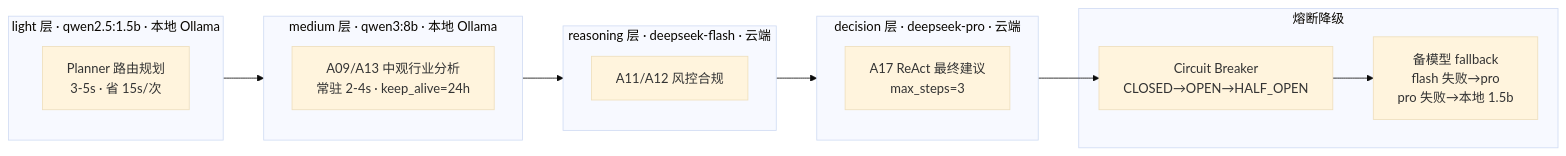
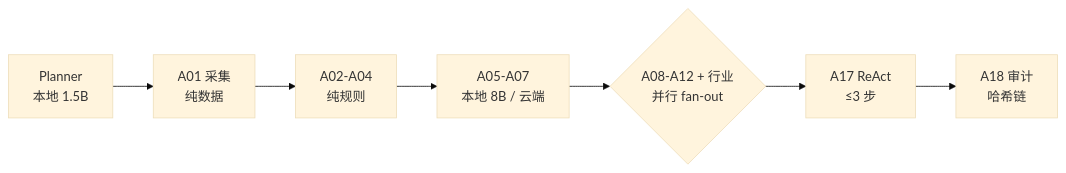
One commit to arnoldli001/Moss-finagent-research changed the diagram in README.md. Above: the diagram before and after it, drawn with Mermaid (base theme). The commit also changed other lines of this file and 182 other files, not shown here.

````diff
--- a/README.md
+++ b/README.md
@@ -74,27 +87,9 @@
 ```mermaid
 flowchart LR
-    subgraph LightLayer[light 层 · qwen2.5:1.5b · 本地 Ollama]
-        PlannerLLM[Planner 路由规划<br/>3-5s · 省 15s/次]
-    end
-
-    subgraph MediumLayer[medium 层 · qwen3:8b · 本地 Ollama]
-        InsightLLM[A09/A13 中观行业分析<br/>常驻 2-4s · keep_alive=24h]
-    end
-
-    subgraph ReasoningLayer[reasoning 层 · deepseek-flash · 云端]
-        RiskLLM[A11/A12 风控合规]
-    end
-
-    subgraph DecisionLayer[decision 层 · deepseek-pro · 云端]
-        RecommendLLM[A17 ReAct 最终建议<br/>max_steps=3]
-    end
-
-    subgraph 熔断降级
-        CB[Circuit Breaker<br/>CLOSED→OPEN→HALF_OPEN]
-        Fallback[备模型 fallback<br/>flash 失败→pro<br/>pro 失败→本地 1.5b]
-    end
-
-    LightLayer --> MediumLayer --> ReasoningLayer --> DecisionLayer
-    DecisionLayer --> CB
-    CB --> Fallback
+    P[Planner<br/>本地 1.5B] --> Collect[A01 采集<br/>纯数据]
+    Collect --> Clean[A02-A04<br/>纯规则]
+    Clean --> Info[A05-A07<br/>本地 8B / 云端]
+    Info --> Fan{A08-A12 + 行业<br/>并行 fan-out}
+    Fan --> ReAct[A17 ReAct<br/>≤3 步]
+    ReAct --> Audit[A18 审计<br/>哈希链]
 ```
````
